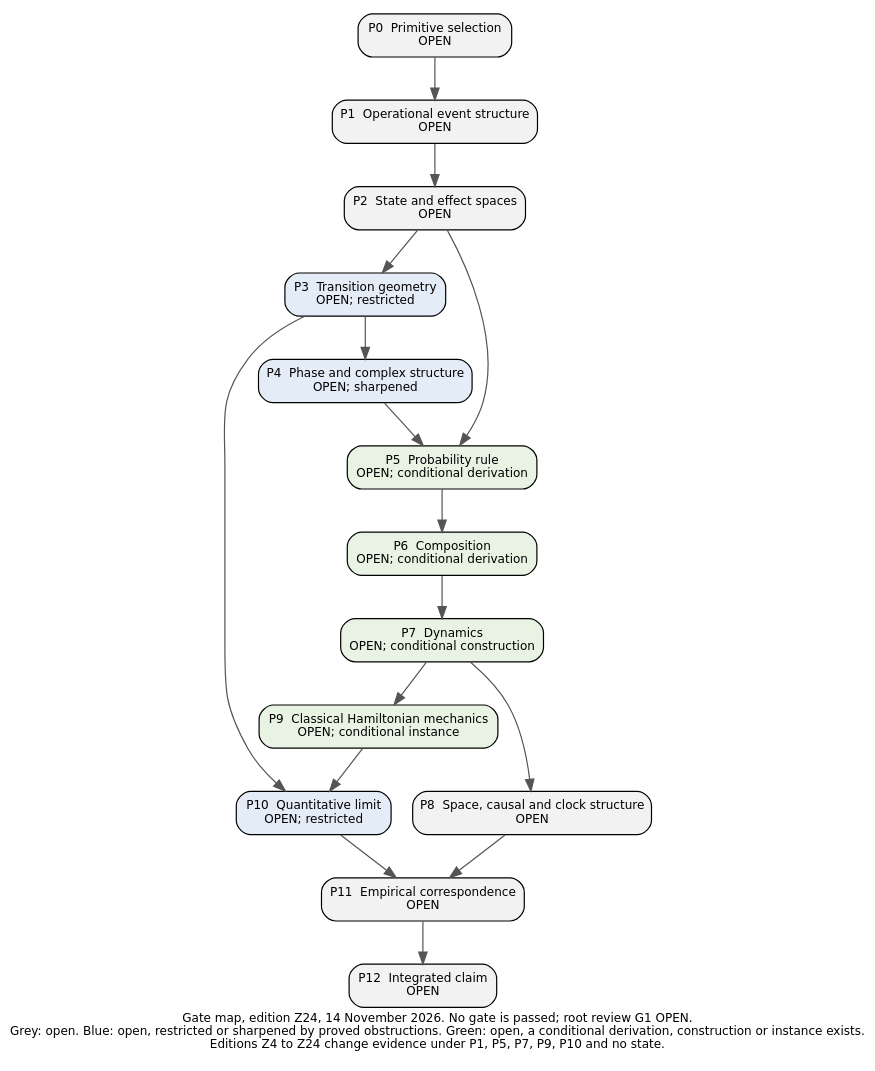
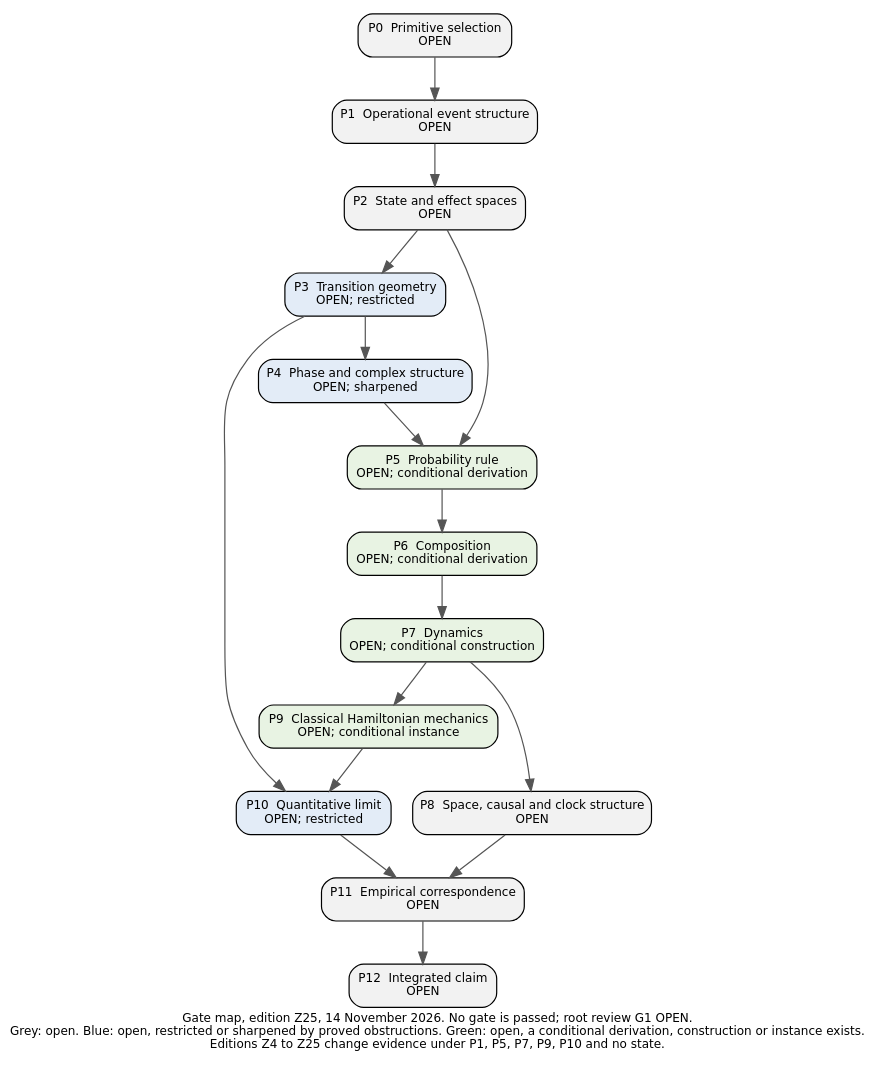
Before and after one commit to KirtusJ/From-Prephysical-Hypotheses-to-Physical-Models: the diagram in edition/PROGRAM/figures/Gate_Map_2026-11-13.dot, drawn with Graphviz. The commit also changed 90 other files, not shown here.

```diff
--- a/edition/PROGRAM/figures/Gate_Map_2026-11-13.dot
+++ b/edition/PROGRAM/figures/Gate_Map_2026-11-13.dot
@@ -1,30 +1,30 @@
-digraph G { rankdir=TB; node [shape=box, style="filled,rounded", fontname="DejaVu Sans", fontsize=10, margin="0.12,0.07"]; edge [color="#555555"]; label="Gate map, edition Z24, 14 November 2026. No gate is passed; root review G1 OPEN.\nGrey: open. Blue: open, restricted or sharpened by proved obstructions. Green: open, a conditional derivation, construction or instance exists.\nEditions Z4 to Z24 change evidence under P1, P5, P7, P9, P10 and no state."; fontname="DejaVu Sans"; fontsize=10; labelloc=b;
+digraph G { rankdir=TB; node [shape=box, style="filled,rounded", fontname="DejaVu Sans", fontsize=10, margin="0.12,0.07"]; edge [color="#555555"]; label="Gate map, edition Z25, 14 November 2026. No gate is passed; root review G1 OPEN.\nGrey: open. Blue: open, restricted or sharpened by proved obstructions. Green: open, a conditional derivation, construction or instance exists.\nEditions Z4 to Z25 change evidence under P1, P5, P7, P9, P10 and no state."; fontname="DejaVu Sans"; fontsize=10; labelloc=b;
 P0 [label="P0  Primitive selection\nOPEN", fillcolor="#f2f2f2"];
 P1 [label="P1  Operational event structure\nOPEN", fillcolor="#f2f2f2"];
 P2 [label="P2  State and effect spaces\nOPEN", fillcolor="#f2f2f2"];
 P3 [label="P3  Transition geometry\nOPEN; restricted", fillcolor="#e3ecf7"];
 P4 [label="P4  Phase and complex structure\nOPEN; sharpened", fillcolor="#e3ecf7"];
 P5 [label="P5  Probability rule\nOPEN; conditional derivation", fillcolor="#e8f3e3"];
 P6 [label="P6  Composition\nOPEN; conditional derivation", fillcolor="#e8f3e3"];
 P7 [label="P7  Dynamics\nOPEN; conditional construction", fillcolor="#e8f3e3"];
 P8 [label="P8  Space, causal and clock structure\nOPEN", fillcolor="#f2f2f2"];
 P9 [label="P9  Classical Hamiltonian mechanics\nOPEN; conditional instance", fillcolor="#e8f3e3"];
 P10 [label="P10  Quantitative limit\nOPEN; restricted", fillcolor="#e3ecf7"];
 P11 [label="P11  Empirical correspondence\nOPEN", fillcolor="#f2f2f2"];
 P12 [label="P12  Integrated claim\nOPEN", fillcolor="#f2f2f2"];
 P0 -> P1;
 P1 -> P2;
 P2 -> P3;
 P3 -> P4;
 P2 -> P5;
 P4 -> P5;
 P5 -> P6;
 P6 -> P7;
 P7 -> P8;
 P7 -> P9;
 P3 -> P10;
 P9 -> P10;
 P8 -> P11;
 P10 -> P11;
 P11 -> P12;
 }
```
